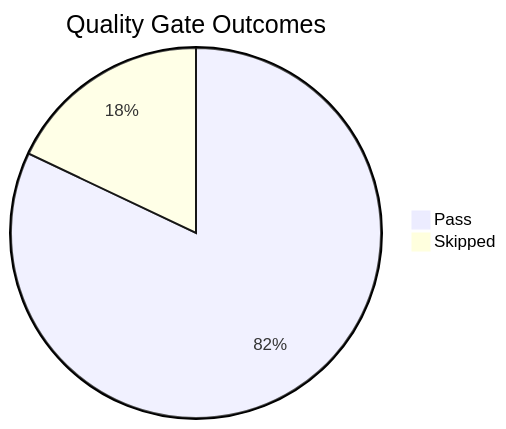
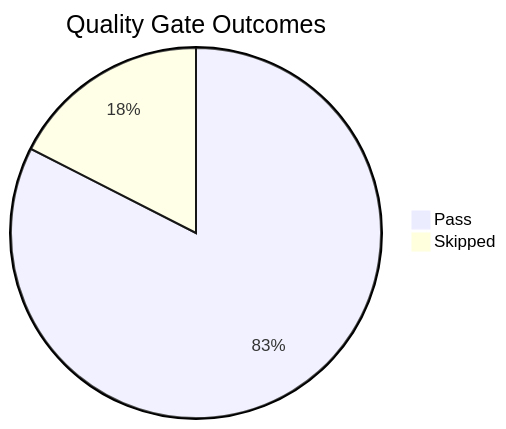
The diagram in docs/meta/golden-status.md (yeongseon/azure-app-service-practical-guide), drawn with Mermaid before and after one commit. The commit also changed other lines of this file and 8 other files, not shown here.

````diff
--- a/docs/meta/golden-status.md
+++ b/docs/meta/golden-status.md
@@ -42,5 +42,5 @@
 ```mermaid
 pie title Quality Gate Outcomes
-    "Pass" : 32
+    "Pass" : 33
     "Skipped" : 7
 ```
````
